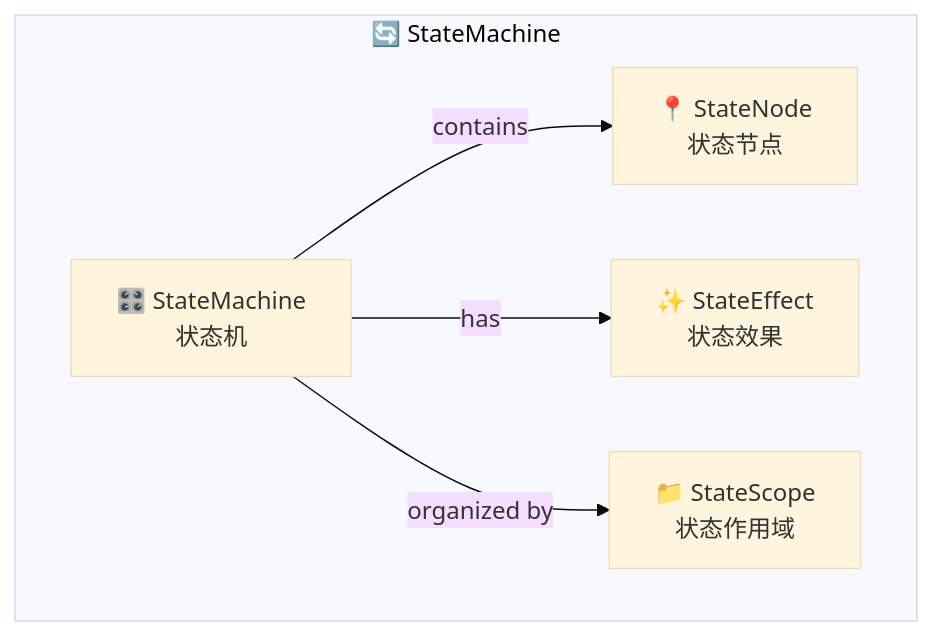
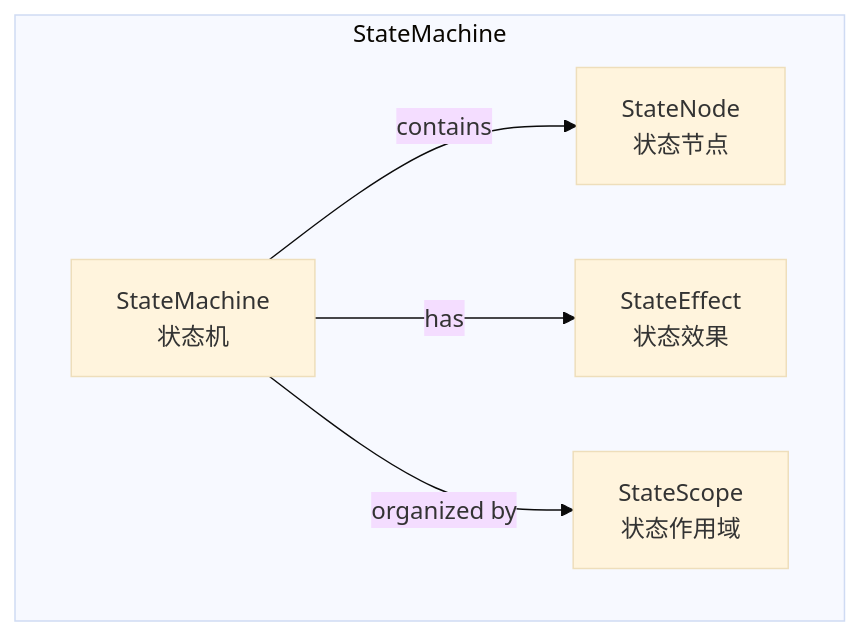
One commit to YearsAlso/zoo-framework-doc changed the first of 7 diagrams in docs/zh/core/statemachine.md. Above: the diagram before and after it, drawn with Mermaid (base theme). The commit also changed other lines of this file and 24 other files, not shown here.

First line of the commit message:
docs(site): 站点正式化与内容严肃化，附 bench 报告截图

````diff
--- a/docs/zh/core/statemachine.md
+++ b/docs/zh/core/statemachine.md
@@ -11,13 +11,13 @@
 ```mermaid
 graph TB
-    subgraph "🔄 StateMachine"
-        SM[🎛️ StateMachine<br/>状态机]
-        SN[📍 StateNode<br/>状态节点]
-        SE[✨ StateEffect<br/>状态效果]
-        SC[📁 StateScope<br/>状态作用域]
+    subgraph " StateMachine"
+        SM[ StateMachine<br/>状态机]
+        SN[ StateNode<br/>状态节点]
+        SE[ StateEffect<br/>状态效果]
+        SC[ StateScope<br/>状态作用域]
     end
     
     SM -->|contains| SN
     SM -->|has| SE
     SM -->|organized by| SC
 ```
````
